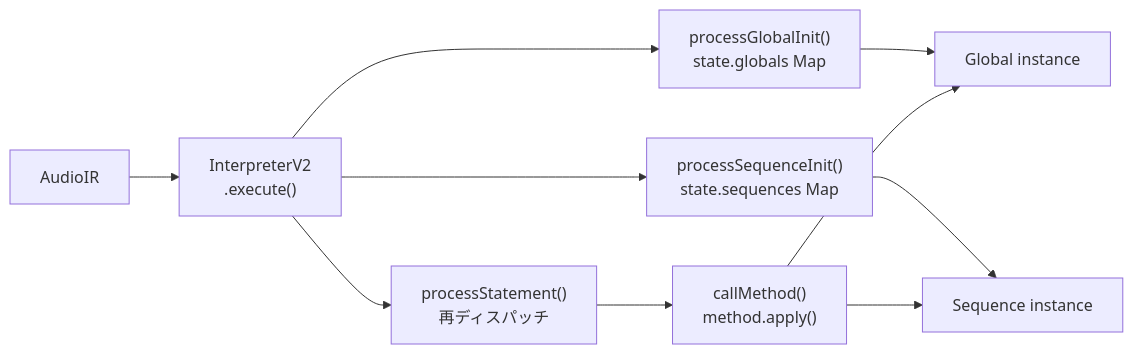
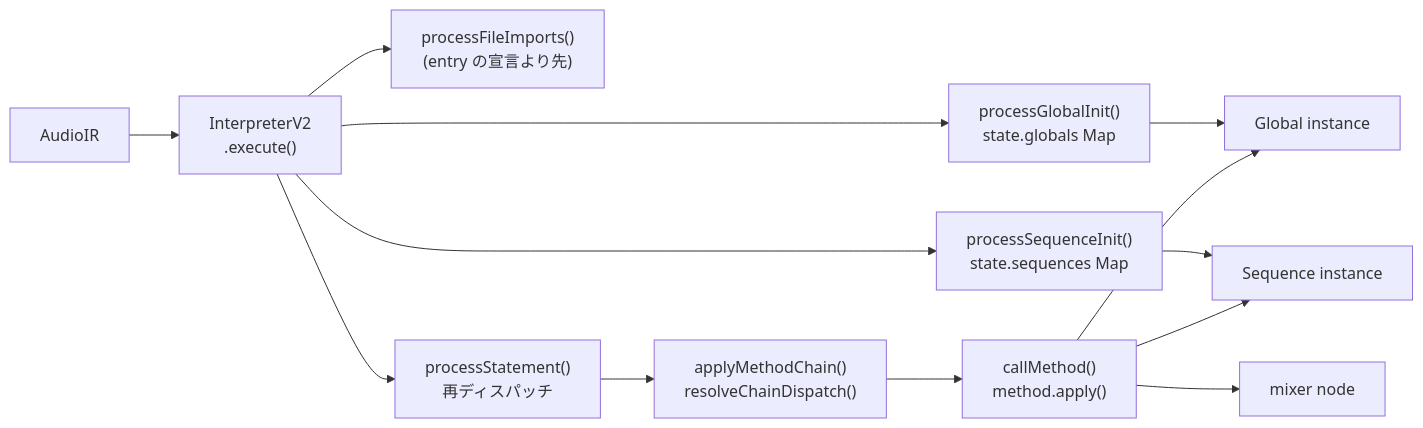
The second of 2 diagrams in sites/dev/pipeline/evaluation.md (signalcompose/orbitscore), drawn with Mermaid before and after one commit. The commit also changed other lines of this file and 14 other files, not shown here.

````diff
--- a/sites/dev/pipeline/evaluation.md
+++ b/sites/dev/pipeline/evaluation.md
@@ -386,21 +566,27 @@
 ```mermaid
 flowchart LR
   ir["AudioIR"]
   exec["InterpreterV2\n.execute()"]
+  imp["processFileImports()\n(entry の宣言より先)"]
   gInit["processGlobalInit()\nstate.globals Map"]
   sInit["processSequenceInit()\nstate.sequences Map"]
   stmt["processStatement()\n再ディスパッチ"]
+  chain["applyMethodChain()\nresolveChainDispatch()"]
   cm["callMethod()\nmethod.apply()"]
   g["Global instance"]
   s["Sequence instance"]
+  m["mixer node"]
 
   ir --> exec
+  exec --> imp
   exec --> gInit
   exec --> sInit
   exec --> stmt
   gInit --> g
   sInit --> s
-  stmt --> cm
+  stmt --> chain
+  chain --> cm
   cm --> g
   cm --> s
+  cm --> m
 ```
````
